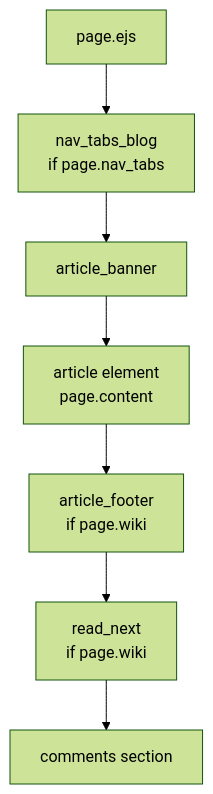
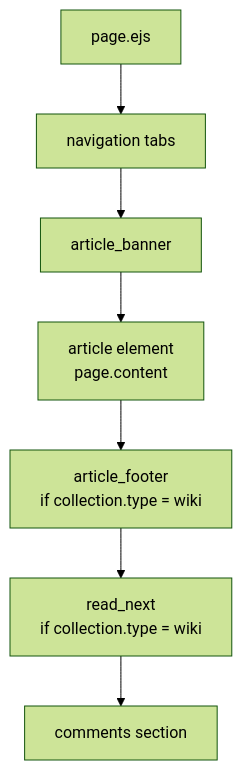
Before and after one commit to xaoxuu/hexo-theme-stellar: the sixth of 6 diagrams in docs/knowledge/03-内容系统/wiki-docs.md, drawn with Mermaid (forest theme). The commit also changed other lines of this file and 119 other files, not shown here.

````diff
--- a/docs/knowledge/03-内容系统/wiki-docs.md
+++ b/docs/knowledge/03-内容系统/wiki-docs.md
@@ -392,9 +409,9 @@
 ```mermaid
 flowchart TD
-    A["page.ejs"] --> B["nav_tabs_blog\nif page.nav_tabs"]
+    A["page.ejs"] --> B["navigation tabs"]
     B --> C["article_banner"]
     C --> D["article element\npage.content"]
-    D --> E["article_footer\nif page.wiki"]
-    E --> F["read_next\nif page.wiki"]
+    D --> E["article_footer\nif collection.type = wiki"]
+    E --> F["read_next\nif collection.type = wiki"]
     F --> G["comments section"]
 ```
````
